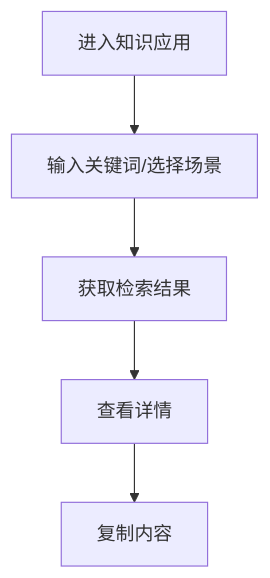
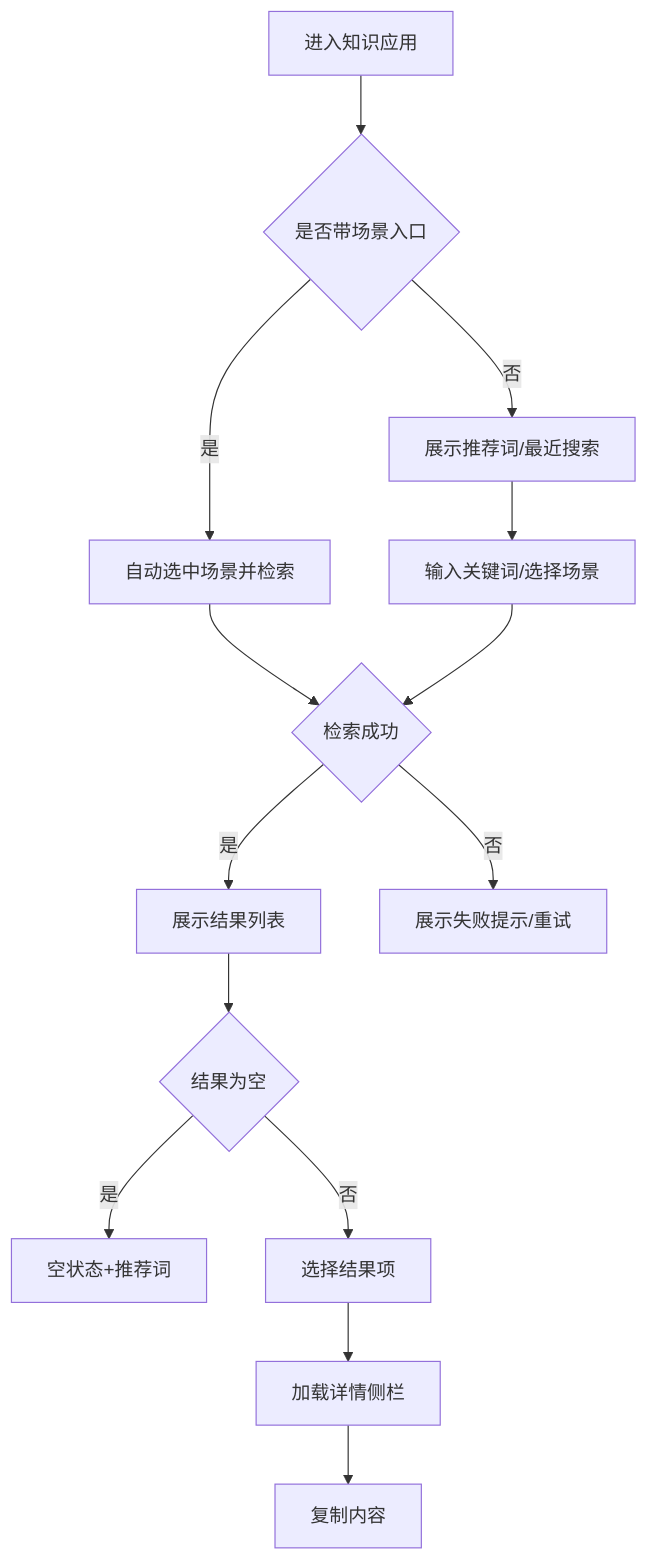
Before and after one commit to zqshi/After-sales: the diagram in docs/prd/2-baseline/2-features/2.3-Knowledge-Base-PRD.md, drawn with Mermaid. The commit also changed other lines of this file and 18 other files, not shown here.

````diff
--- a/docs/prd/2-baseline/2-features/2.3-Knowledge-Base-PRD.md
+++ b/docs/prd/2-baseline/2-features/2.3-Knowledge-Base-PRD.md
@@ -255,7 +436,16 @@
 ```mermaid
 flowchart TD
-    A[进入知识应用] --> B[输入关键词/选择场景]
-    B --> C[获取检索结果]
-    C --> D[查看详情]
-    D --> E[复制内容]
+    A[进入知识应用] --> B{是否带场景入口}
+    B -->|是| C[自动选中场景并检索]
+    B -->|否| D[展示推荐词/最近搜索]
+    D --> E[输入关键词/选择场景]
+    C --> F{检索成功}
+    E --> F{检索成功}
+    F -->|是| G[展示结果列表]
+    F -->|否| H[展示失败提示/重试]
+    G --> I{结果为空}
+    I -->|是| J[空状态+推荐词]
+    I -->|否| K[选择结果项]
+    K --> L[加载详情侧栏]
+    L --> M[复制内容]
 ```
````
